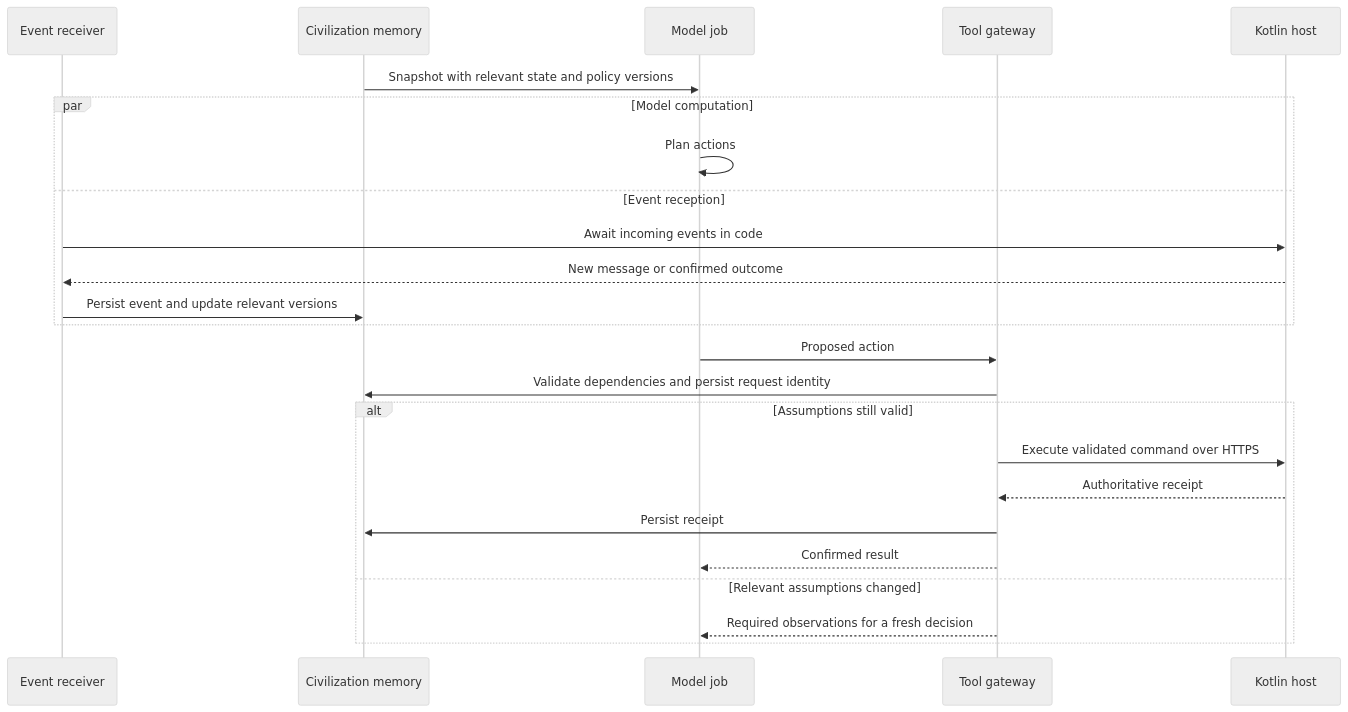
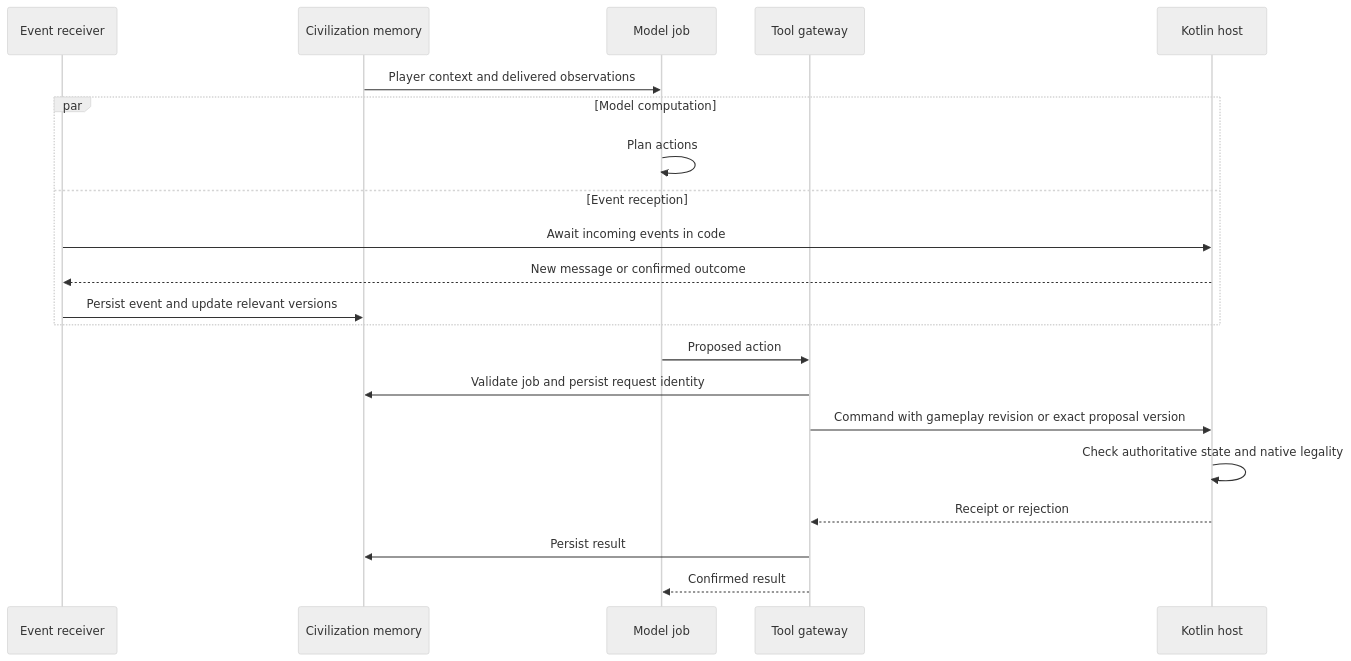
One commit to varchasgopalaswamy/unciv-ai changed the second of 2 diagrams in docs/architecture/Python-architecture.md. Above: the diagram before and after it, drawn with Mermaid (neutral theme). The commit also changed other lines of this file and 72 other files, not shown here.

````diff
--- a/docs/architecture/Python-architecture.md
+++ b/docs/architecture/Python-architecture.md
@@ -128,26 +128,23 @@
 ```mermaid
 sequenceDiagram
     participant Events as Event receiver
     participant State as Civilization memory
     participant Model as Model job
     participant Gateway as Tool gateway
     participant Host as Kotlin host
-    State->>Model: Snapshot with relevant state and policy versions
+    State->>Model: Player context and delivered observations
     par Model computation
         Model->>Model: Plan actions
     and Event reception
         Events->>Host: Await incoming events in code
         Host-->>Events: New message or confirmed outcome
         Events->>State: Persist event and update relevant versions
     end
     Model->>Gateway: Proposed action
-    Gateway->>State: Validate dependencies and persist request identity
-    alt Assumptions still valid
-        Gateway->>Host: Execute validated command over HTTPS
-        Host-->>Gateway: Authoritative receipt
-        Gateway->>State: Persist receipt
-        Gateway-->>Model: Confirmed result
-    else Relevant assumptions changed
-        Gateway-->>Model: Required observations for a fresh decision
-    end
+    Gateway->>State: Validate job and persist request identity
+    Gateway->>Host: Command with gameplay revision or exact proposal version
+    Host->>Host: Check authoritative state and native legality
+    Host-->>Gateway: Receipt or rejection
+    Gateway->>State: Persist result
+    Gateway-->>Model: Confirmed result
 ```
````
